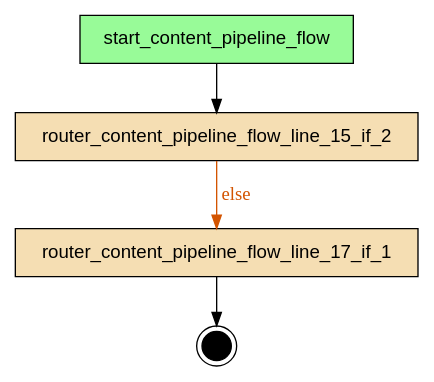
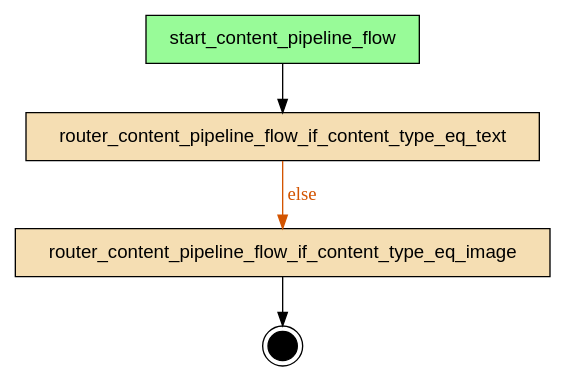
Before and after one commit to deliveryhero/asya: the diagram in examples/flows/compiled/async_conditional/flow.dot, drawn with Graphviz. The commit also changed 1078 other files, not shown here.

First line of the commit message:
feat(compiler): semantic router naming — AST-based instead of line-number-based [tos9]

```diff
--- a/examples/flows/compiled/async_conditional/flow.dot
+++ b/examples/flows/compiled/async_conditional/flow.dot
@@ -1,16 +1,16 @@
 digraph "content_pipeline_flow" {
     rankdir=TB;
     node [shape=box, style=filled, fontname="Helvetica"];
 
     { rank=source; start_content_pipeline_flow; }
 
-    router_content_pipeline_flow_line_15_if_2 [label="router_content_pipeline_flow_line_15_if_2", fillcolor=wheat];
-    router_content_pipeline_flow_line_17_if_1 [label="router_content_pipeline_flow_line_17_if_1", fillcolor=wheat];
+    router_content_pipeline_flow_if_content_type_eq_image [label="router_content_pipeline_flow_if_content_type_eq_image", fillcolor=wheat];
+    router_content_pipeline_flow_if_content_type_eq_text [label="router_content_pipeline_flow_if_content_type_eq_text", fillcolor=wheat];
     start_content_pipeline_flow [label="start_content_pipeline_flow", fillcolor=palegreen];
 
     __end__ [label="", shape=doublecircle, fillcolor=black, width=0.3, fixedsize=true];
 
-    start_content_pipeline_flow -> router_content_pipeline_flow_line_15_if_2;
-    router_content_pipeline_flow_line_15_if_2 -> router_content_pipeline_flow_line_17_if_1 [label="else", color="#D35400", fontcolor="#D35400"];
-    router_content_pipeline_flow_line_17_if_1 -> __end__;
+    start_content_pipeline_flow -> router_content_pipeline_flow_if_content_type_eq_text;
+    router_content_pipeline_flow_if_content_type_eq_text -> router_content_pipeline_flow_if_content_type_eq_image [label="else", color="#D35400", fontcolor="#D35400"];
+    router_content_pipeline_flow_if_content_type_eq_image -> __end__;
 }
```
